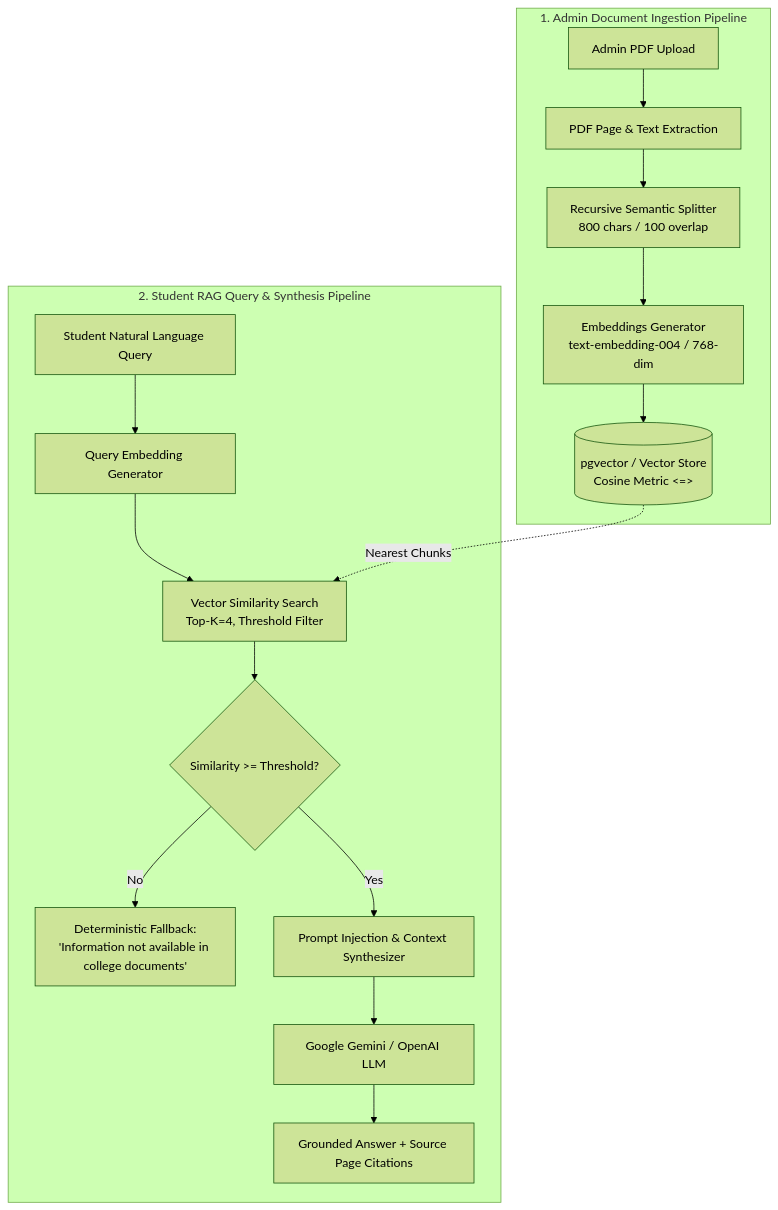
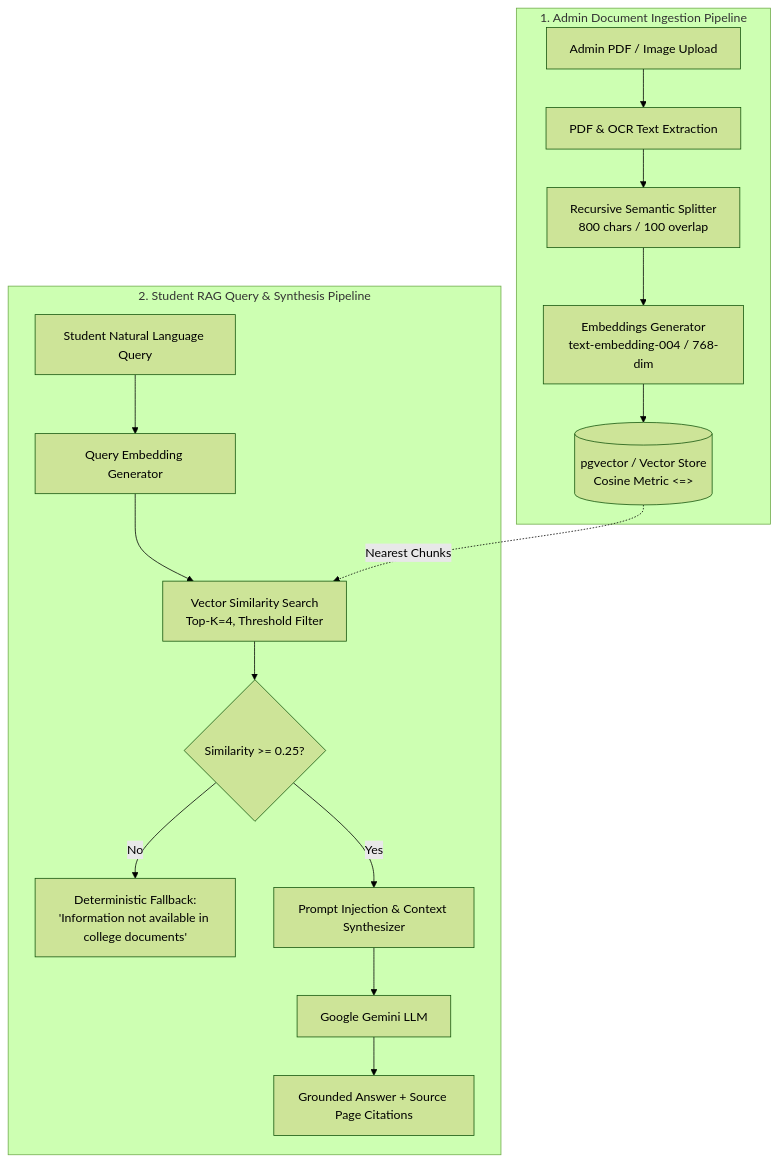
Before and after one commit to Mr-OmKshirsagar/CampusWise-AI: the diagram in README.md, drawn with Mermaid (forest theme). The commit also changed other lines of this file and 1 other file, not shown here.

````diff
--- a/README.md
+++ b/README.md
@@ -29,20 +63,20 @@
 ```mermaid
 flowchart TD
     subgraph Ingestion["1. Admin Document Ingestion Pipeline"]
-        A[Admin PDF Upload] --> B[PDF Page & Text Extraction]
+        A[Admin PDF / Image Upload] --> B[PDF & OCR Text Extraction]
         B --> C[Recursive Semantic Splitter\n800 chars / 100 overlap]
         C --> D[Embeddings Generator\ntext-embedding-004 / 768-dim]
         D --> E[(pgvector / Vector Store\nCosine Metric <=>)]
     end
 
     subgraph Query["2. Student RAG Query & Synthesis Pipeline"]
         F[Student Natural Language Query] --> G[Query Embedding Generator]
         G --> H[Vector Similarity Search\nTop-K=4, Threshold Filter]
         E -.->|Nearest Chunks| H
-        H --> I{Similarity >= Threshold?}
+        H --> I{Similarity >= 0.25?}
         I -- No --> J[Deterministic Fallback:\n'Information not available in college documents']
         I -- Yes --> K[Prompt Injection & Context Synthesizer]
-        K --> L[Google Gemini / OpenAI LLM]
+        K --> L[Google Gemini LLM]
         L --> M[Grounded Answer + Source Page Citations]
     end
 ```
````
